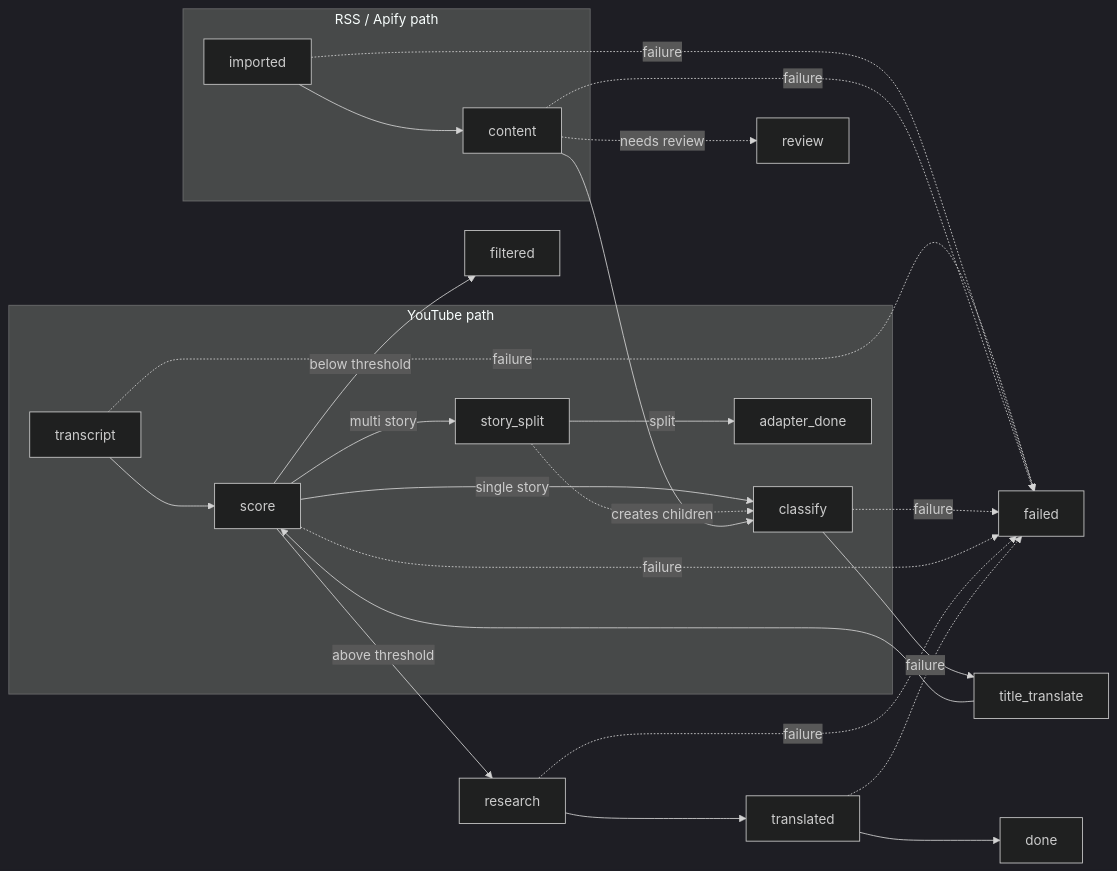
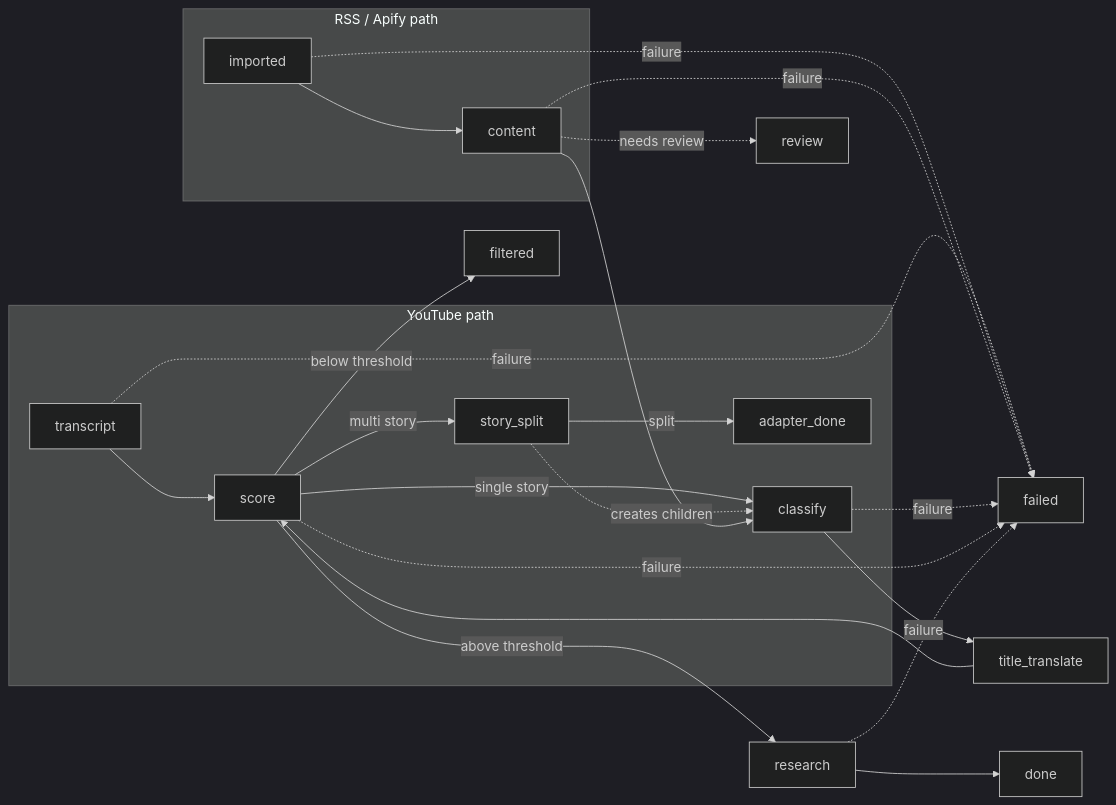
Before and after one commit to aldhubaib/falak: the third of 4 diagrams in docs/ARCHITECTURE/ARCHITECTURE.md, drawn with Mermaid (dark theme). The commit also changed other lines of this file, not shown here.

Commit message:
docs: update ARCHITECTURE.md — Remove translated pipeline stage — original language preserved through all stages

````diff
--- a/docs/ARCHITECTURE/ARCHITECTURE.md
+++ b/docs/ARCHITECTURE/ARCHITECTURE.md
@@ -1073,24 +1073,23 @@
 ```mermaid
 flowchart LR
     subgraph "YouTube path"
         TS["transcript"] --> SC["story_count"]
         SC -->|single story| CL
         SC -->|multi story| SS["story_split"]
         SS -->|split| AD["adapter_done"]
         SS -.->|creates children| CL
     end
     subgraph "RSS / Apify path"
         IM["imported"] --> CO["content"]
     end
     CO --> CL["classify"] --> TT["title_translate"] --> SC["score"]
-    SC -->|above threshold| RE["research"] --> TR["translated"] --> DO["done"]
+    SC -->|above threshold| RE["research"] --> DO["done"]
     SC -->|below threshold| FI["filtered"]
     CO -.->|needs review| RV["review"]
     TS -.->|failure| F["failed"]
     IM -.->|failure| F
     CO -.->|failure| F
     CL -.->|failure| F
     SC -.->|failure| F
     RE -.->|failure| F
-    TR -.->|failure| F
 ```
````
